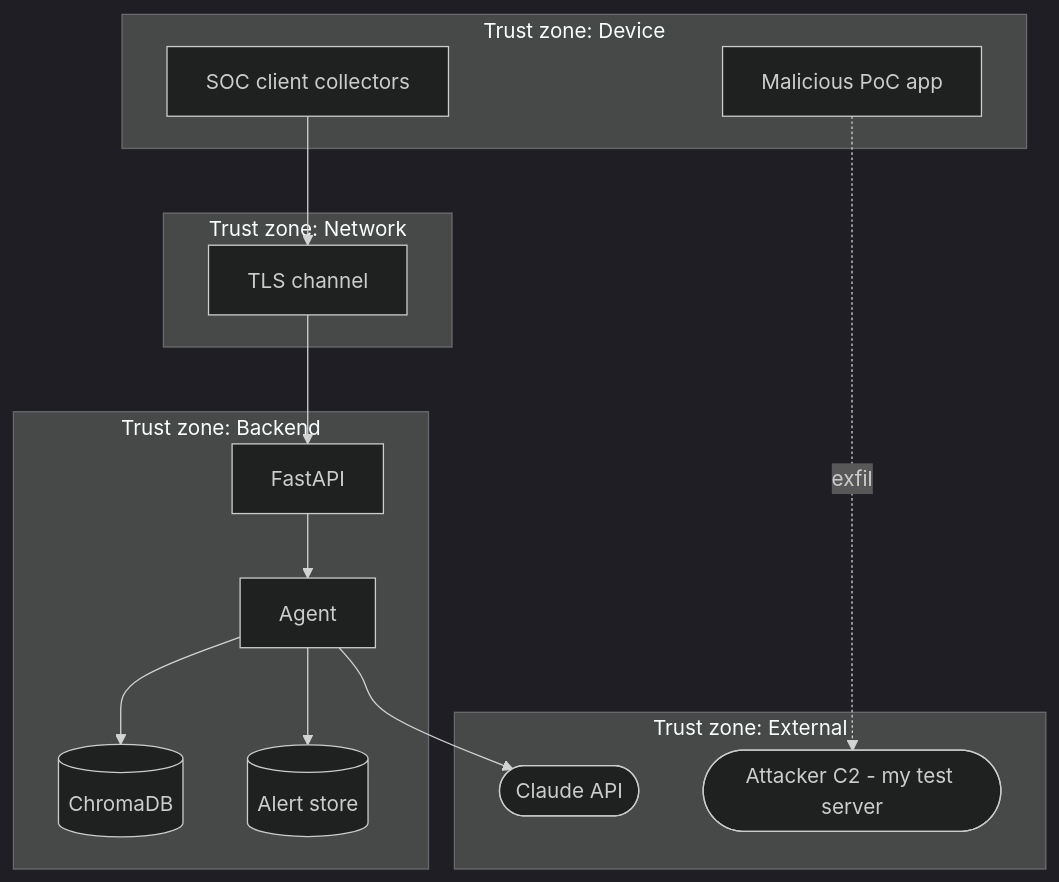
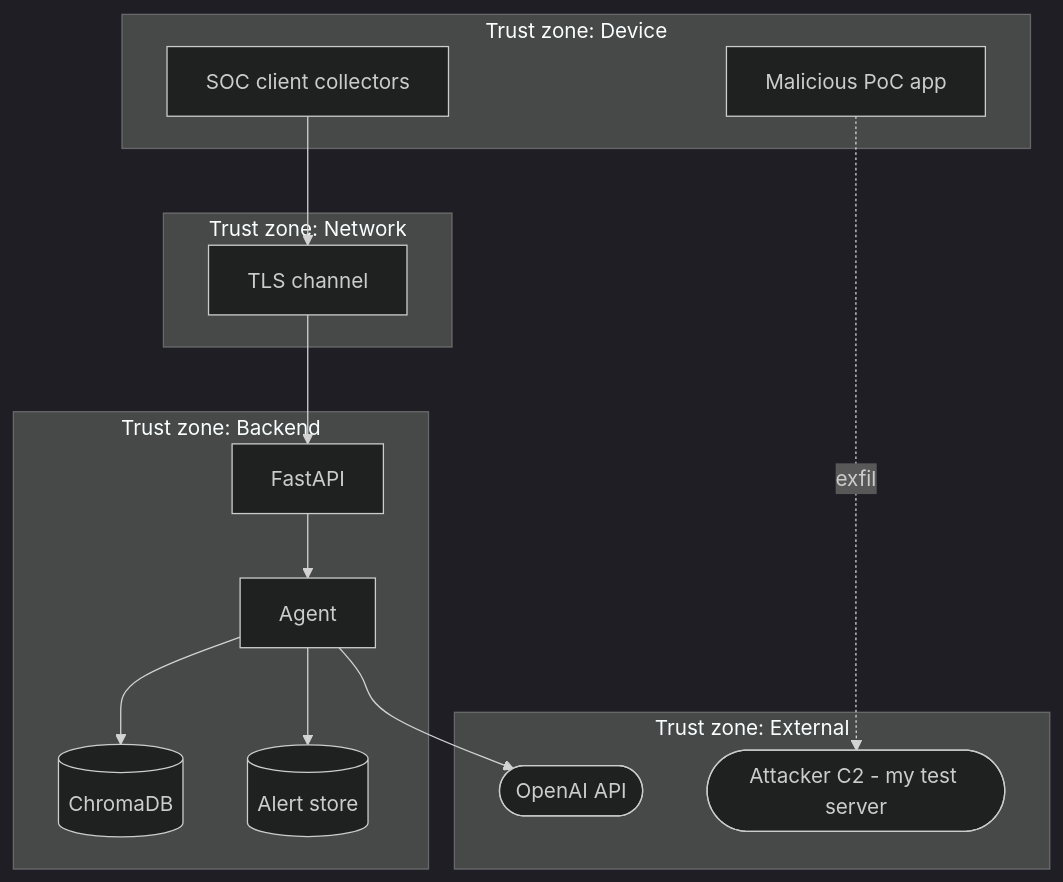
One commit to naratech-eng/mobile-ai-soc-analyst changed the first of 2 diagrams in docs/security/threat-model.md. Above: the diagram before and after it, drawn with Mermaid (dark theme). The commit also changed 5 other files, not shown here.

First line of the commit message:
Switch LLM provider from Anthropic to OpenAI in docs

````diff
--- a/docs/security/threat-model.md
+++ b/docs/security/threat-model.md
@@ -16,26 +16,26 @@
 ```mermaid
 flowchart TB
     subgraph Z1[Trust zone: Device]
         MAL[Malicious PoC app]
         COL[SOC client collectors]
     end
     subgraph Z2[Trust zone: Network]
         NET[TLS channel]
     end
     subgraph Z3[Trust zone: Backend]
         API[FastAPI]
         AG[Agent]
         RAG[(ChromaDB)]
         DB[(Alert store)]
     end
     subgraph Z4[Trust zone: External]
-        LLM([Claude API])
+        LLM([OpenAI API])
         C2([Attacker C2 - my test server])
     end
 
     MAL -.exfil.-> C2
     COL --> NET --> API --> AG
     AG --> RAG
     AG --> DB
     AG --> LLM
 ```
````
